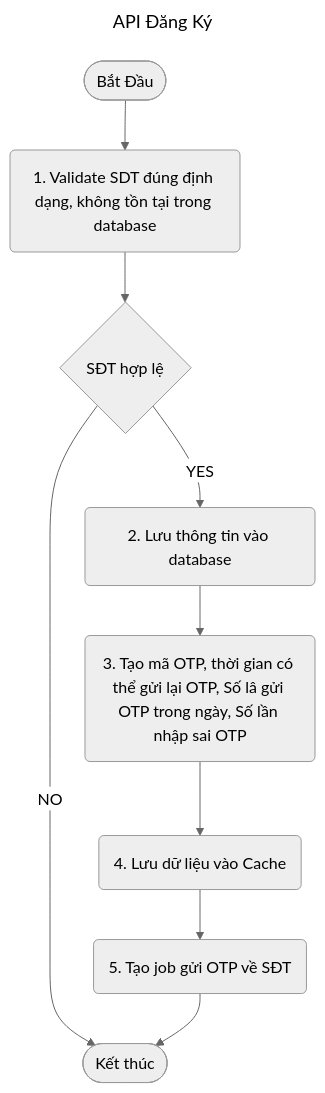
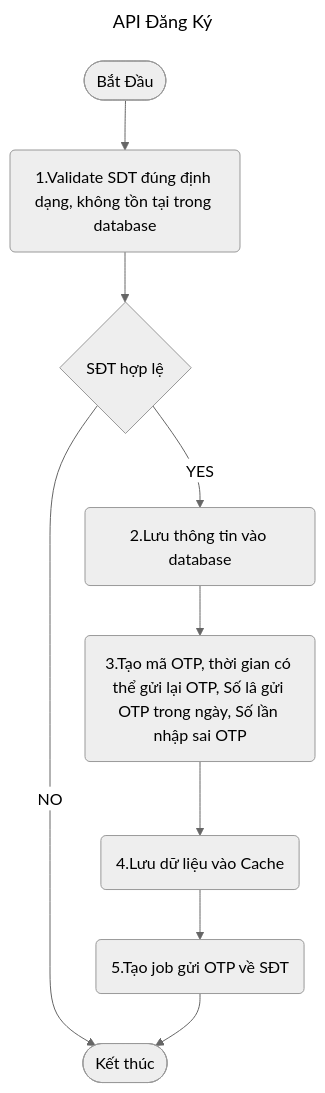
Before and after one commit to hoanglam995/spring-tutorial: the fifth of 8 diagrams in readme.md, drawn with Mermaid (neutral theme). The commit also changed other lines of this file, not shown here.

````diff
--- a/readme.md
+++ b/readme.md
@@ -303,11 +303,11 @@
 ```mermaid
 ---
 title: API Đăng Ký
 ---
 flowchart
-    START([Bắt Đầu])-->1(1. Validate SDT đúng định dạng, không tồn tại trong database)-->C1{SĐT hợp lệ}
+    START([Bắt Đầu])-->1(1.Validate SDT đúng định dạng, không tồn tại trong database)-->C1{SĐT hợp lệ}
     C1--NO-->END([Kết thúc])
-    C1--YES-->2(2. Lưu thông tin vào database)
-    2-->3(3. Tạo mã OTP, thời gian có thể gửi lại OTP, Số lâ gửi OTP trong ngày, Số lần nhập sai OTP)-->4(4. Lưu dữ liệu vào Cache)
-    4-->5(5. Tạo job gửi OTP về SĐT)-->END
+    C1--YES-->2(2.Lưu thông tin vào database)
+    2-->3(3.Tạo mã OTP, thời gian có thể gửi lại OTP, Số lâ gửi OTP trong ngày, Số lần nhập sai OTP)-->4(4.Lưu dữ liệu vào Cache)
+    4-->5(5.Tạo job gửi OTP về SĐT)-->END
 ```
````
